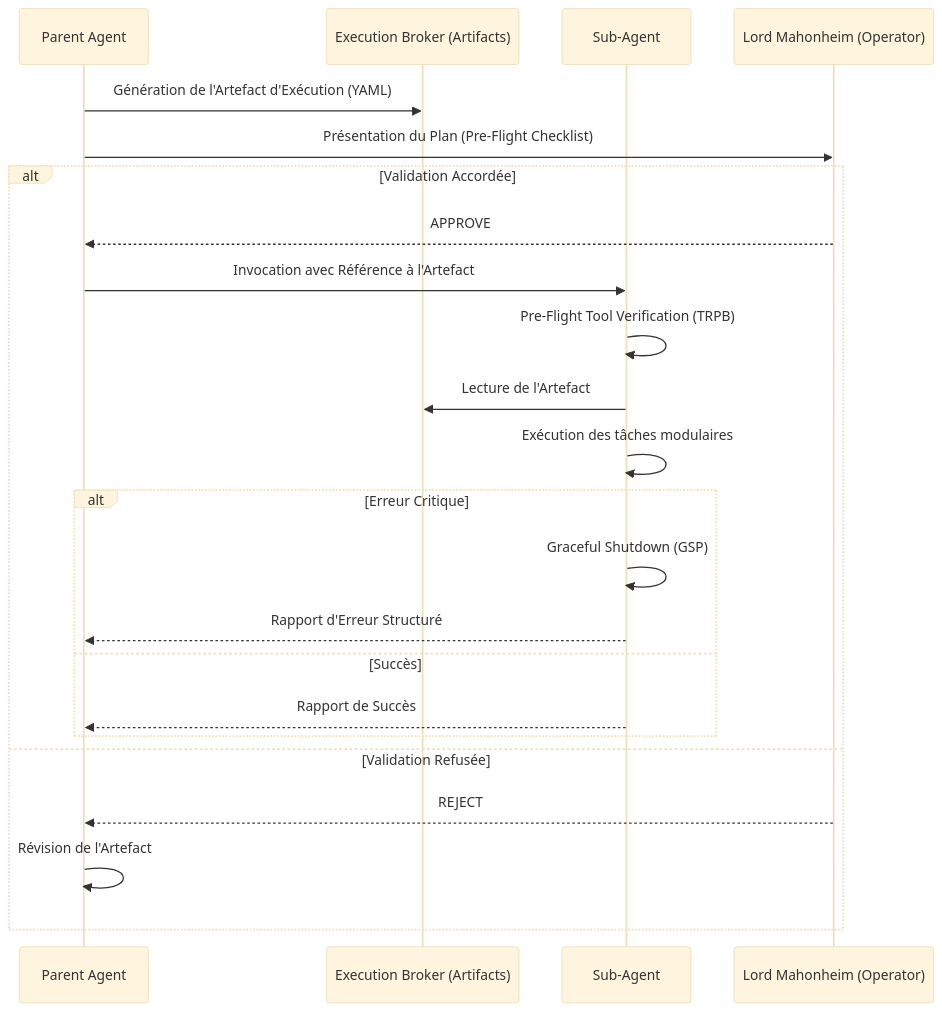
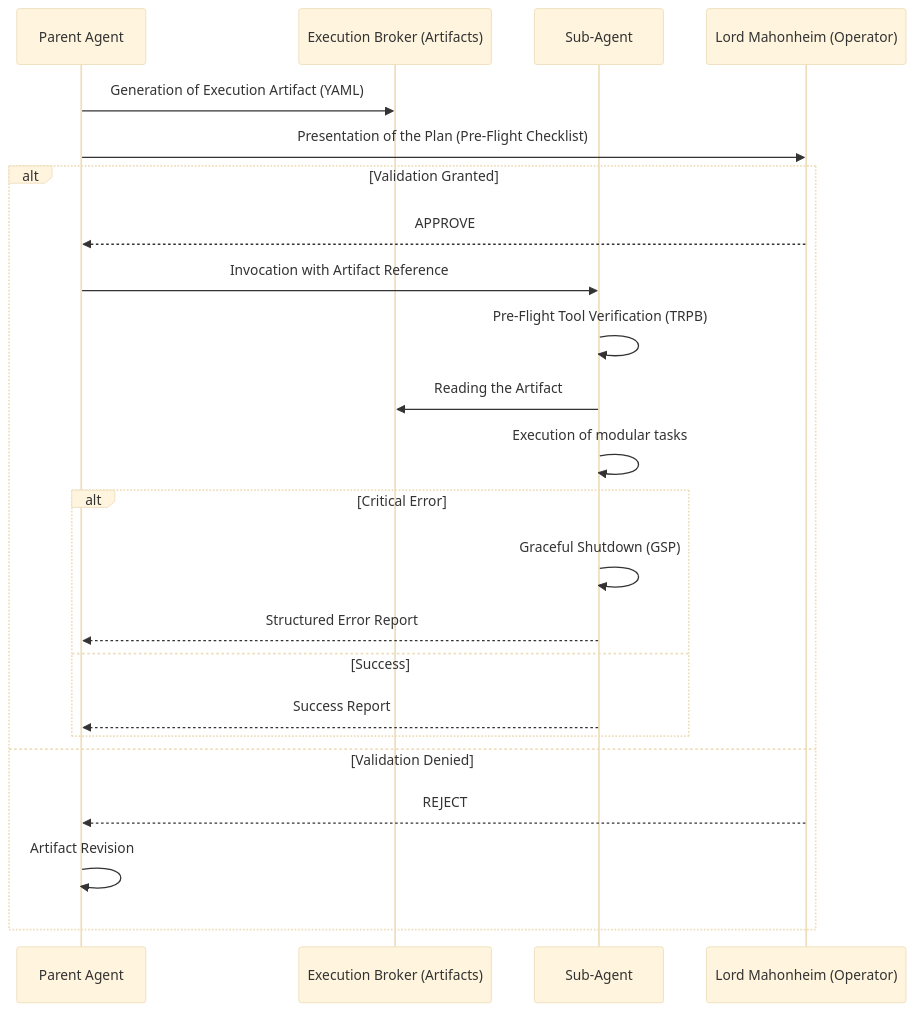
Before and after one commit to lordmahonheim-bot/Tesla-Antigravity-CLI: the diagram in 31-Vigilum-Gateway-V2.1/README.md, drawn with Mermaid (base theme). The commit also changed other lines of this file and 4 other files, not shown here.

Commit message:
docs(mvp-28): final integration README, architecture diagrams, test scenarios

````diff
--- a/31-Vigilum-Gateway-V2.1/README.md
+++ b/31-Vigilum-Gateway-V2.1/README.md
@@ -21,26 +23,26 @@
 ```mermaid
 sequenceDiagram
     participant P as Parent Agent
     participant B as Execution Broker (Artifacts)
     participant S as Sub-Agent
     participant L as Lord Mahonheim (Operator)
 
-    P->>B: Génération de l'Artefact d'Exécution (YAML)
-    P->>L: Présentation du Plan (Pre-Flight Checklist)
-    alt Validation Accordée
+    P->>B: Generation of Execution Artifact (YAML)
+    P->>L: Presentation of the Plan (Pre-Flight Checklist)
+    alt Validation Granted
         L-->>P: APPROVE
-        P->>S: Invocation avec Référence à l'Artefact
+        P->>S: Invocation with Artifact Reference
         S->>S: Pre-Flight Tool Verification (TRPB)
-        S->>B: Lecture de l'Artefact
-        S->>S: Exécution des tâches modulaires
-        alt Erreur Critique
+        S->>B: Reading the Artifact
+        S->>S: Execution of modular tasks
+        alt Critical Error
             S->>S: Graceful Shutdown (GSP)
-            S-->>P: Rapport d'Erreur Structuré
-        else Succès
-            S-->>P: Rapport de Succès
+            S-->>P: Structured Error Report
+        else Success
+            S-->>P: Success Report
         end
-    else Validation Refusée
+    else Validation Denied
         L-->>P: REJECT
-        P->>P: Révision de l'Artefact
+        P->>P: Artifact Revision
     end
 ```
````
